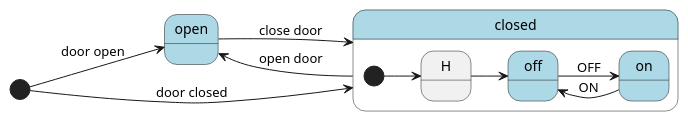
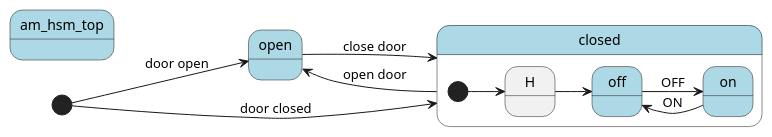
The sixth of 8 diagrams in libs/hsm/README.rst (adel-mamin/amast), drawn with PlantUML before and after one commit. The commit also changed other lines of this file, not shown here.

Commit message:
Add HSM Event Redispatch section to HSM README.rst

```diff
--- a/libs/hsm/README.rst
+++ b/libs/hsm/README.rst
@@ -675,25 +675,27 @@
 .. uml::
 
     @startuml
 
     left to right direction
 
     [*] --> open : door open
     [*] --> closed : door closed
 
-    state closed #LightBlue {
-        [*] --> H
-        H --> off
-        state H <<history>>
-        state on #LightBlue
-        state off #LightBlue
+    state am_hsm_top #LightBlue {
+        state closed #LightBlue {
+            [*] --> H
+            H --> off
+            state H <<history>>
+            state on #LightBlue
+            state off #LightBlue
+        }
+        state open #LightBlue
     }
-    state open #LightBlue
 
     open --> closed : close door
     closed --> open : open door
 
     on --> off : ON
     off --> on : OFF
 
     @enduml
```
